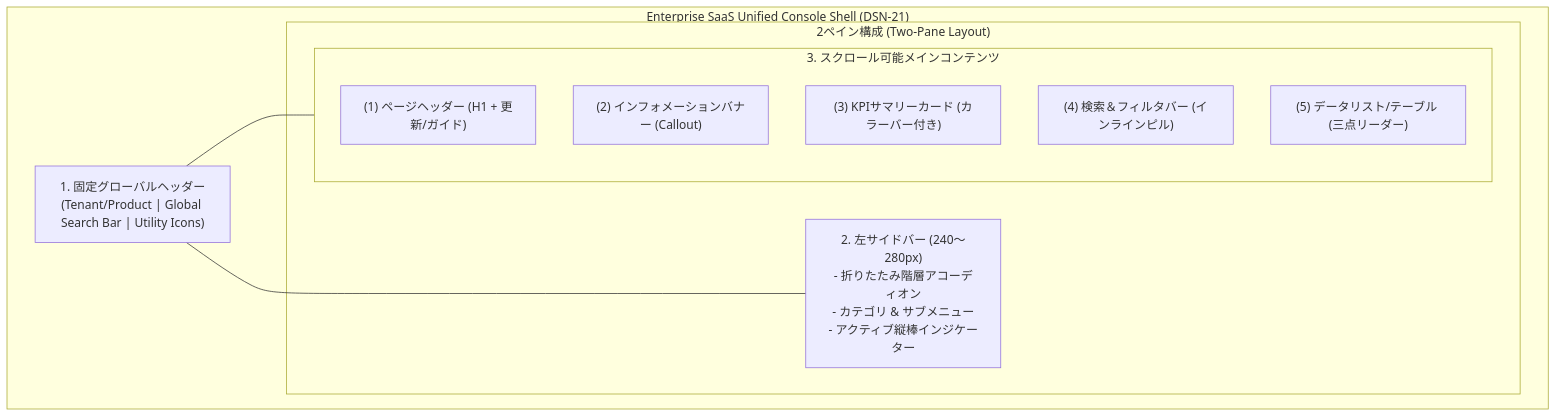
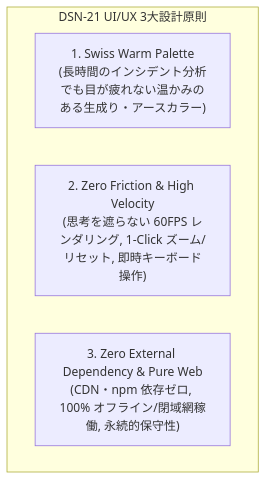
One commit to rokujyouhitoma/arxiv-security-papers changed the first of 4 diagrams in docs/designs/DSN-21-enterprise_design_system_and_unified_console.md. Above: the diagram before and after it, drawn with Mermaid. The commit also changed other lines of this file and 4 other files, not shown here.

````diff
--- a/docs/designs/DSN-21-enterprise_design_system_and_unified_console.md
+++ b/docs/designs/DSN-21-enterprise_design_system_and_unified_console.md
@@ -46,21 +80,8 @@
 ```mermaid
 flowchart TD
-    subgraph EnterpriseShell ["Enterprise SaaS Unified Console Shell (DSN-21)"]
-        Header["1. 固定グローバルヘッダー\n(Tenant/Product | Global Search Bar | Utility Icons)"]
-        
-        subgraph TwoPane ["2ペイン構成 (Two-Pane Layout)"]
-            SideNav["2. 左サイドバー (240〜280px)\n- 折りたたみ階層アコーディオン\n- カテゴリ & サブメニュー\n- アクティブ縦棒インジケーター"]
-            
-            subgraph MainArea ["3. スクロール可能メインコンテンツ"]
-                P1["(1) ページヘッダー (H1 + 更新/ガイド)"]
-                P2["(2) インフォメーションバナー (Callout)"]
-                P3["(3) KPIサマリーカード (カラーバー付き)"]
-                P4["(4) 検索＆フィルタバー (インラインピル)"]
-                P5["(5) データリスト/テーブル (三点リーダー)"]
-            end
-        end
-        
-        Header --- SideNav
-        Header --- MainArea
+    subgraph DSN21_Mission ["DSN-21 UI/UX 3大設計原則"]
+        P1["1. Swiss Warm Palette\n(長時間のインシデント分析でも目が疲れない温かみのある生成り・アースカラー)"]
+        P2["2. Zero Friction & High Velocity\n(思考を遮らない 60FPS レンダリング, 1-Click ズーム/リセット, 即時キーボード操作)"]
+        P3["3. Zero External Dependency & Pure Web\n(CDN・npm 依存ゼロ, 100% オフライン/閉域網稼働, 永続的保守性)"]
     end
 ```
````
